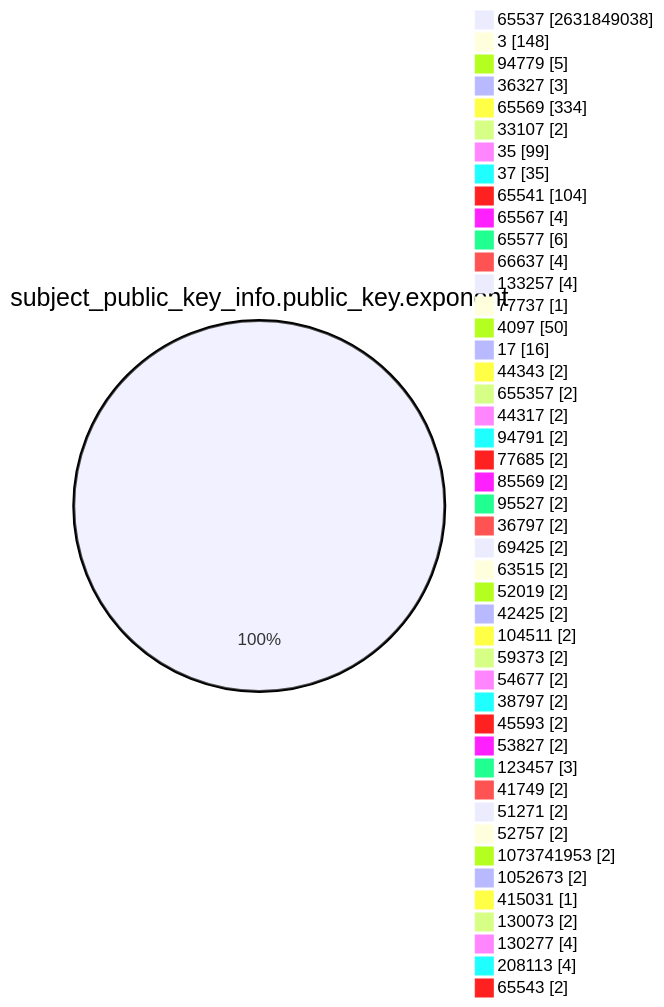
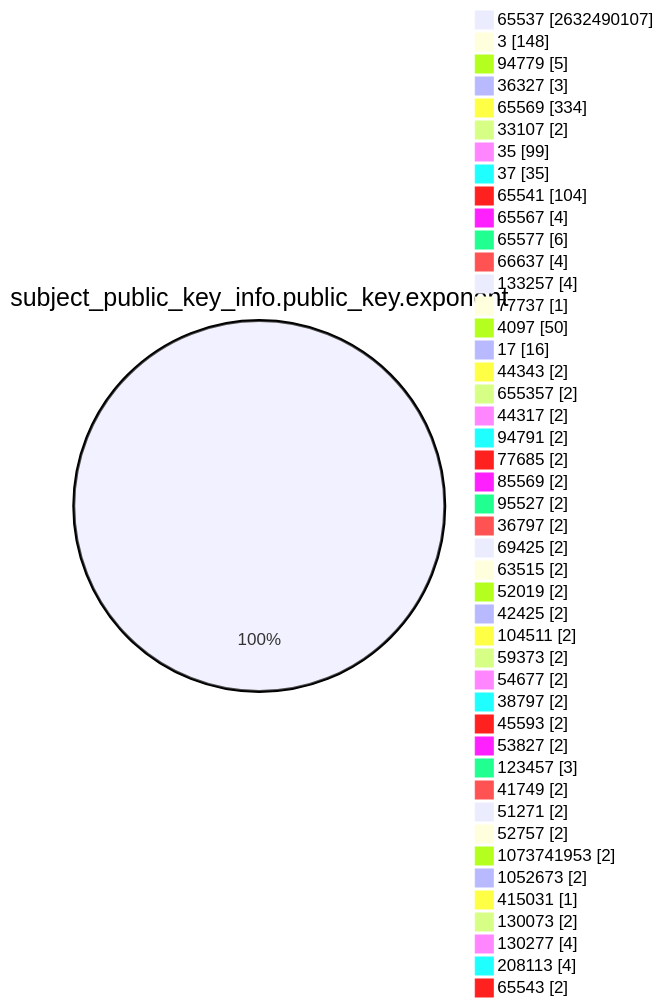
Before and after one commit to christiankrug/ctmonitor_visualization: the fourth of 15 diagrams in TOTAL/README.md, drawn with Mermaid. The commit also changed other lines of this file, not shown here.

````diff
--- a/TOTAL/README.md
+++ b/TOTAL/README.md
@@ -1467,49 +1467,49 @@
 ```mermaid
 pie showData
 title subject_public_key_info.public_key.exponent
-"65537" :2631849038
+"65537" :2632490107
 "3" :148
 "94779" :5
 "36327" :3
 "65569" :334
 "33107" :2
 "35" :99
 "37" :35
 "65541" :104
 "65567" :4
 "65577" :6
 "66637" :4
 "133257" :4
 "77737" :1
 "4097" :50
 "17" :16
 "44343" :2
 "655357" :2
 "44317" :2
 "94791" :2
 "77685" :2
 "85569" :2
 "95527" :2
 "36797" :2
 "69425" :2
 "63515" :2
 "52019" :2
 "42425" :2
 "104511" :2
 "59373" :2
 "54677" :2
 "38797" :2
 "45593" :2
 "53827" :2
 "123457" :3
 "41749" :2
 "51271" :2
 "52757" :2
 "1073741953" :2
 "1052673" :2
 "415031" :1
 "130073" :2
 "130277" :4
 "208113" :4
 "65543" :2
 ```
````
